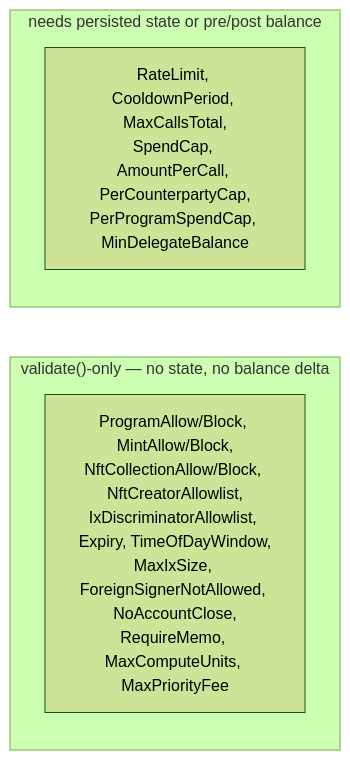
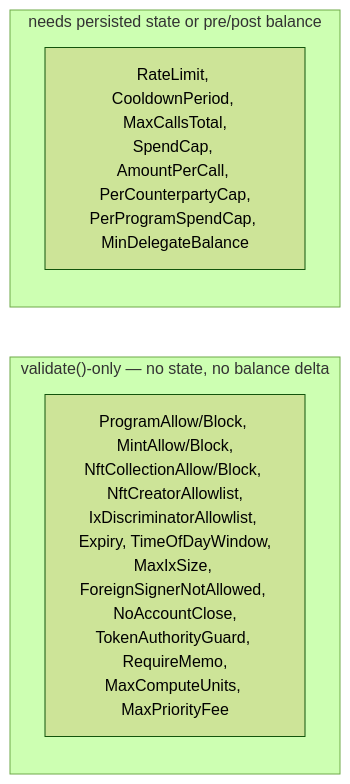
One commit to rit3sh-x/bastion changed the seventh of 12 diagrams in ARCHITECTURE.md. Above: the diagram before and after it, drawn with Mermaid (forest theme). The commit also changed other lines of this file and 16 other files, not shown here.

````diff
--- a/ARCHITECTURE.md
+++ b/ARCHITECTURE.md
@@ -248,11 +248,11 @@
 ```mermaid
 flowchart LR
     subgraph Stateless["validate()-only — no state, no balance delta"]
         direction TB
-        SL["ProgramAllow/Block, MintAllow/Block,<br/>NftCollectionAllow/Block, NftCreatorAllowlist,<br/>IxDiscriminatorAllowlist, Expiry, TimeOfDayWindow,<br/>MaxIxSize, ForeignSignerNotAllowed, NoAccountClose,<br/>RequireMemo, MaxComputeUnits, MaxPriorityFee"]
+        SL["ProgramAllow/Block, MintAllow/Block,<br/>NftCollectionAllow/Block, NftCreatorAllowlist,<br/>IxDiscriminatorAllowlist, Expiry, TimeOfDayWindow,<br/>MaxIxSize, ForeignSignerNotAllowed, NoAccountClose,<br/>TokenAuthorityGuard, RequireMemo,<br/>MaxComputeUnits, MaxPriorityFee"]
     end
     subgraph Stateful["needs persisted state or pre/post balance"]
         direction TB
         ST["RateLimit, CooldownPeriod, MaxCallsTotal,<br/>SpendCap, AmountPerCall, PerCounterpartyCap,<br/>PerProgramSpendCap, MinDelegateBalance"]
     end
 ```
````
